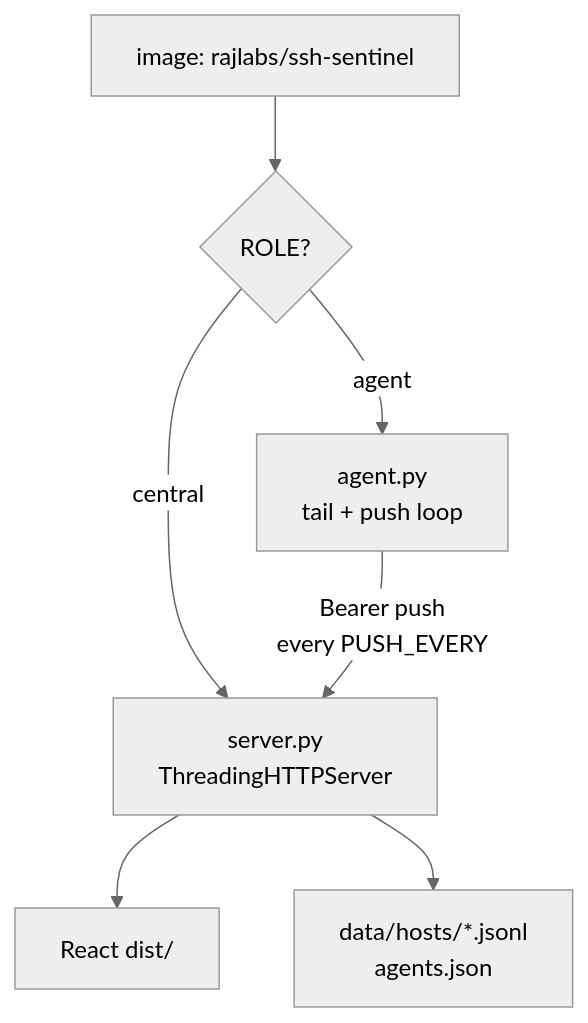
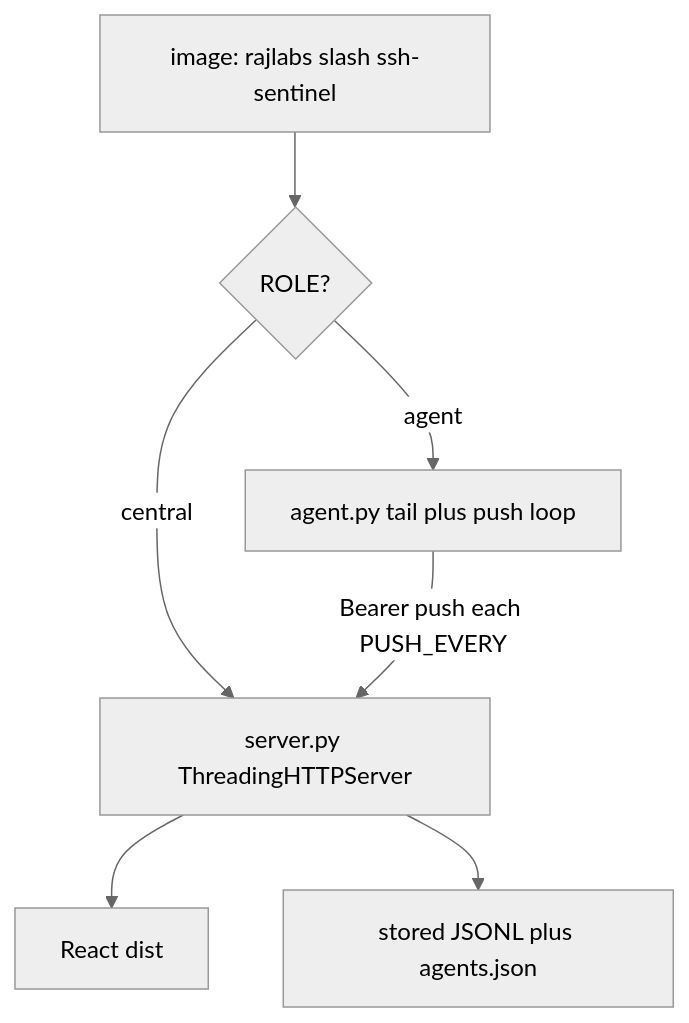
One commit to authoritydmc/ssh-sentinel changed the second of 6 diagrams in docs/ARCHITECTURE.md. Above: the diagram before and after it, drawn with Mermaid (neutral theme). The commit also changed other lines of this file, not shown here.

Commit message:
fix(docs): mermaid without HTML breaks for GitHub renderer

````diff
--- a/docs/ARCHITECTURE.md
+++ b/docs/ARCHITECTURE.md
@@ -55,9 +55,9 @@
 ```mermaid
 flowchart TD
-    IMG[image: rajlabs/ssh-sentinel] --> E{ROLE?}
-    E -->|central| S[server.py<br/>ThreadingHTTPServer]
-    E -->|agent| G[agent.py<br/>tail + push loop]
-    S --> DIST[React dist/]
-    S --> DATA[data/hosts/*.jsonl<br/>agents.json]
-    G -->|Bearer push<br/>every PUSH_EVERY| S
+    IMG["image: rajlabs slash ssh-sentinel"] --> E{"ROLE?"}
+    E -->|"central"| S["server.py ThreadingHTTPServer"]
+    E -->|"agent"| G["agent.py tail plus push loop"]
+    S --> DIST["React dist"]
+    S --> DATA["stored JSONL plus agents.json"]
+    G -->|"Bearer push each PUSH_EVERY"| S
 ```
````
